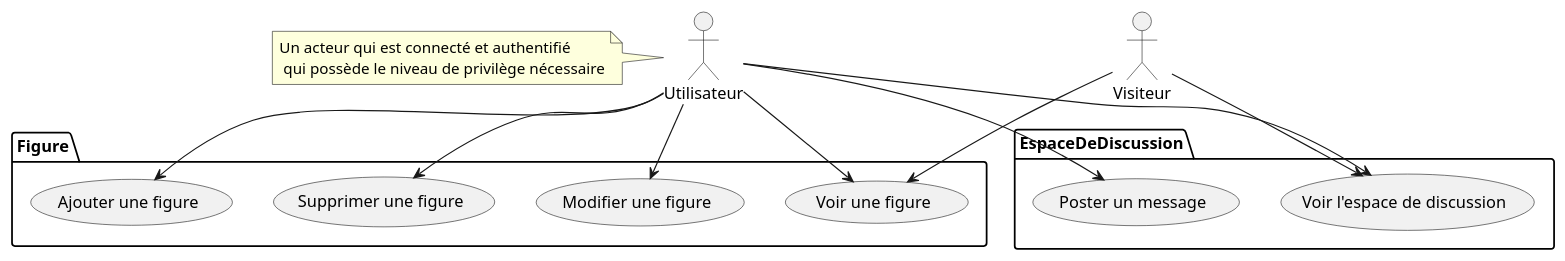
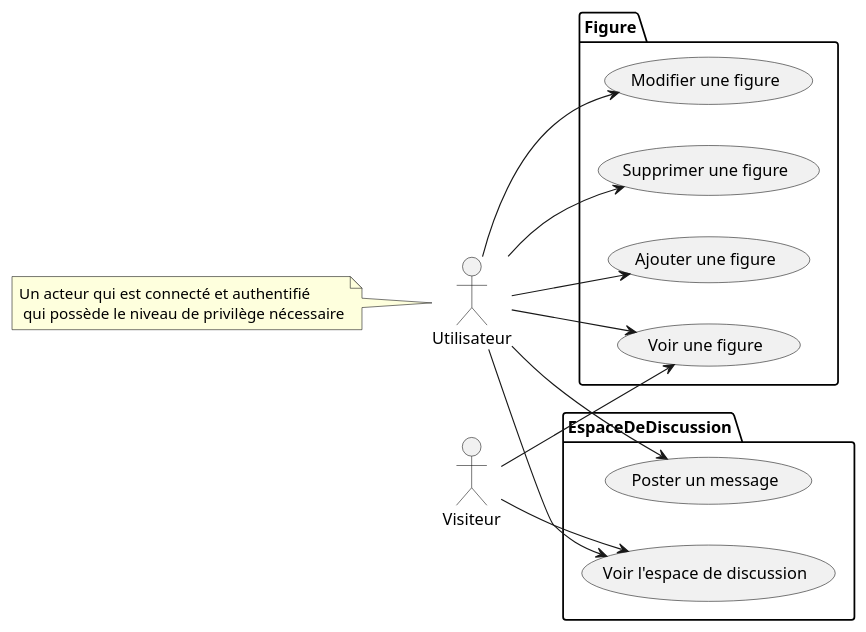
One commit to MickaelMoley/ocr-p6-snowboard changed the diagram in domains/UseCase/Administration.puml. Above: the diagram before and after it, drawn with PlantUML. The commit also changed 4 other files, not shown here.

Commit message:
Update domains UML

```diff
--- a/domains/UseCase/Administration.puml
+++ b/domains/UseCase/Administration.puml
@@ -1,30 +1,30 @@
-@startuml Espace de discussion
+@startuml Administration
 'https://plantuml.com/use-case-diagram
-
+left to right direction
 actor Utilisateur
 actor Visiteur
 
 note left of Utilisateur: Un acteur qui est connecté et authentifié \n qui possède le niveau de privilège nécessaire
 
 package Figure {
     usecase "Ajouter une figure" as AddFigure
     usecase "Modifier une figure" as EditFigure
     usecase "Supprimer une figure" as DeleteFigure
     usecase "Voir une figure" as ShowFigure
 
 }
 package EspaceDeDiscussion {
  usecase "Voir l'espace de discussion" as ReadChatSpace
  usecase "Poster un message" as WriteChatSpace
 }
 
 Visiteur --> ShowFigure
 Utilisateur --> AddFigure
 Utilisateur --> EditFigure
 Utilisateur --> DeleteFigure
 Utilisateur --> ShowFigure
 
 Visiteur --> ReadChatSpace
 Utilisateur --> ReadChatSpace
 Utilisateur --> WriteChatSpace
 @enduml
```
